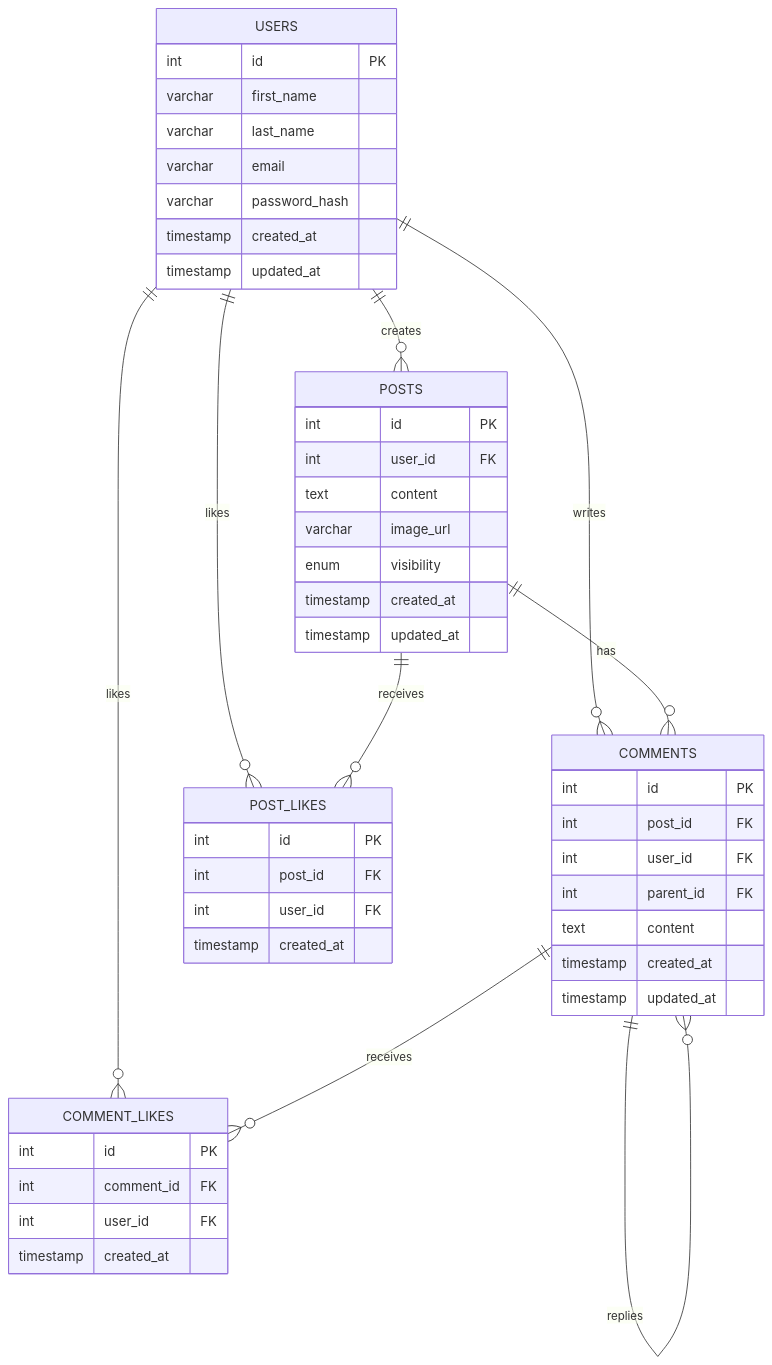
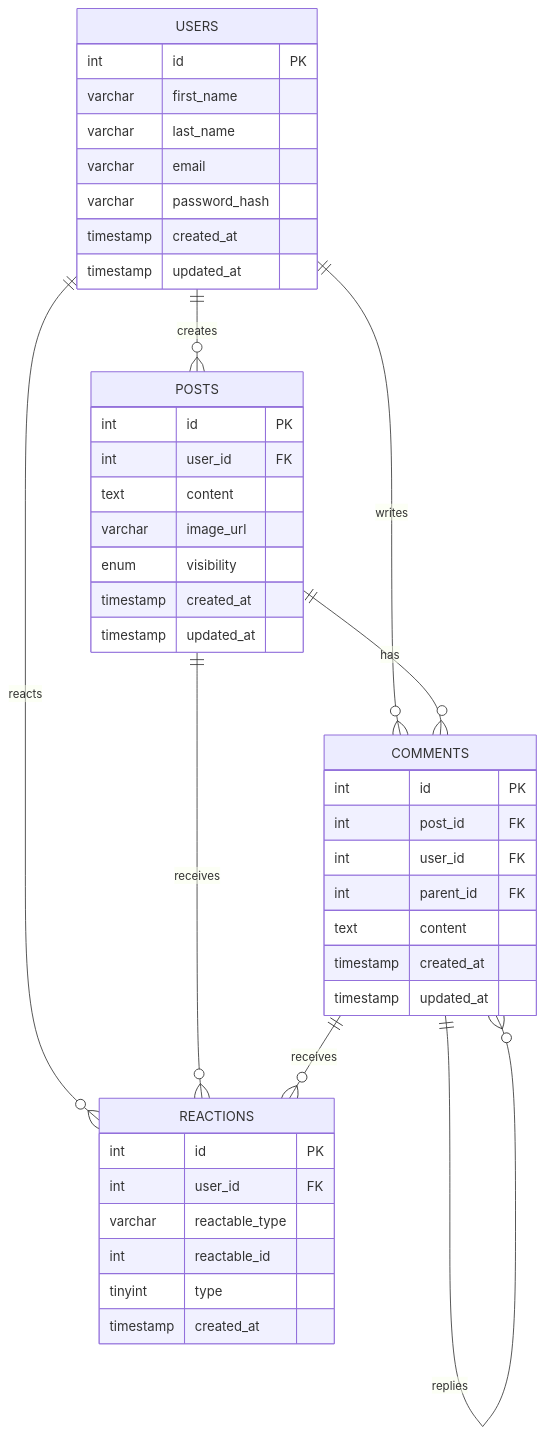
The diagram in database.md (NASIR-CSE-RU/laravel-blog-api), drawn with Mermaid before and after one commit. The commit also changed other lines of this file and 19 other files, not shown here.

Commit message:
post and comment reaction api implemented

````diff
--- a/database.md
+++ b/database.md
@@ -5,57 +5,51 @@
 ```mermaid
 erDiagram
     USERS {
         int id PK
         varchar first_name
         varchar last_name
         varchar email
         varchar password_hash
         timestamp created_at
         timestamp updated_at
     }
 
     POSTS {
         int id PK
         int user_id FK
         text content
         varchar image_url
         enum visibility
         timestamp created_at
         timestamp updated_at
     }
 
     COMMENTS {
         int id PK
         int post_id FK
         int user_id FK
         int parent_id FK
         text content
         timestamp created_at
         timestamp updated_at
     }
 
-    POST_LIKES {
+    REACTIONS {
         int id PK
-        int post_id FK
         int user_id FK
-        timestamp created_at
-    }
-
-    COMMENT_LIKES {
-        int id PK
-        int comment_id FK
-        int user_id FK
+        varchar reactable_type
+        int reactable_id
+        tinyint type
         timestamp created_at
     }
 
     USERS ||--o{ POSTS          : "creates"
     USERS ||--o{ COMMENTS       : "writes"
-    USERS ||--o{ POST_LIKES     : "likes"
-    USERS ||--o{ COMMENT_LIKES  : "likes"
+    USERS ||--o{ REACTIONS      : "reacts"
 
     POSTS    ||--o{ COMMENTS      : "has"
-    POSTS    ||--o{ POST_LIKES    : "receives"
+    POSTS    ||--o{ REACTIONS     : "receives"
 
     COMMENTS ||--o{ COMMENTS      : "replies"
-    COMMENTS ||--o{ COMMENT_LIKES : "receives"
+    COMMENTS ||--o{ REACTIONS     : "receives"
 ```
````
